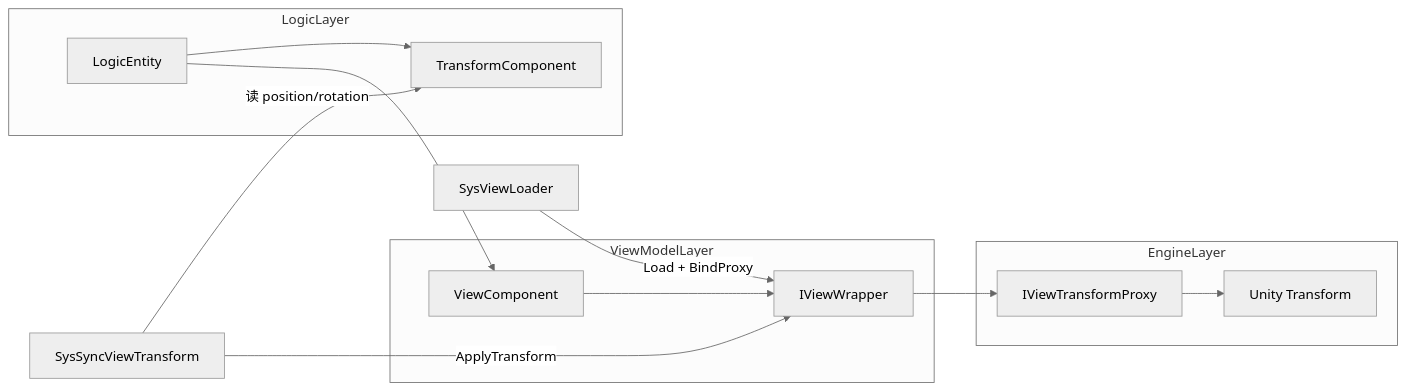
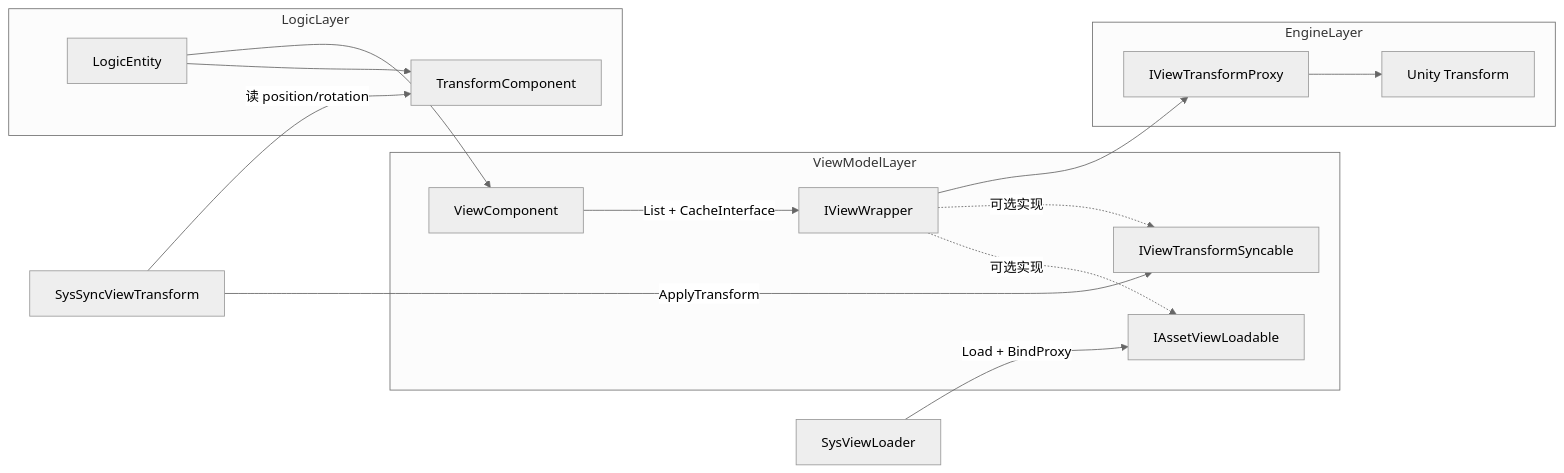
The first of 2 diagrams in Assets/HotScripts/Framework/Subassembly/ECWorld.LiteUnity/LogicComponent/ViewComponent/ViewComponent.Design.md (phoenixZn/XianzyUnity), drawn with Mermaid (neutral theme) before and after one commit. The commit also changed other lines of this file and 4 other files, not shown here.

````diff
--- a/Assets/HotScripts/Framework/Subassembly/ECWorld.LiteUnity/LogicComponent/ViewComponent/ViewComponent.Design.md
+++ b/Assets/HotScripts/Framework/Subassembly/ECWorld.LiteUnity/LogicComponent/ViewComponent/ViewComponent.Design.md
@@ -20,23 +20,27 @@
 ```mermaid
 flowchart LR
     subgraph logic [LogicLayer]
         Entity[LogicEntity]
         TC[TransformComponent]
     end
     subgraph vm [ViewModelLayer]
         VC[ViewComponent]
         VW[IViewWrapper]
+        AL[IAssetViewLoadable]
+        TS[IViewTransformSyncable]
     end
     subgraph engine [EngineLayer]
         Proxy[IViewTransformProxy]
         GO[Unity Transform]
     end
     Entity --> TC
     Entity --> VC
-    VC --> VW
+    VC -->|"List + CacheInterface"| VW
+    VW -.->|可选实现| AL
+    VW -.->|可选实现| TS
     VW --> Proxy
     Proxy --> GO
     SysSync[SysSyncViewTransform] -->|"读 position/rotation"| TC
-    SysSync -->|"ApplyTransform"| VW
-    SysLoad[SysViewLoader] -->|"Load + BindProxy"| VW
+    SysSync -->|"ApplyTransform"| TS
+    SysLoad[SysViewLoader] -->|"Load + BindProxy"| AL
 ```
````
